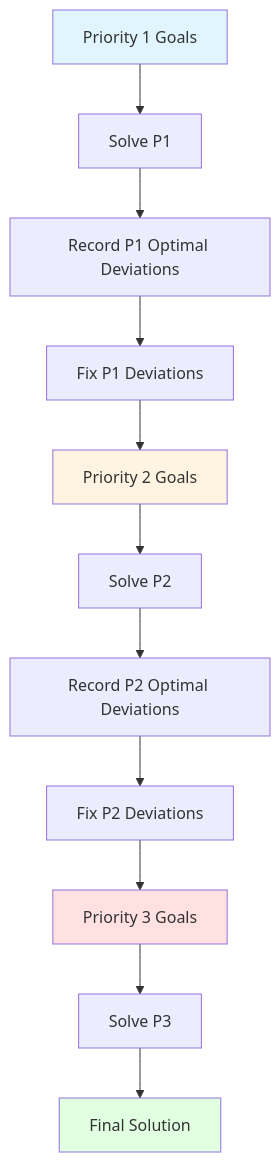
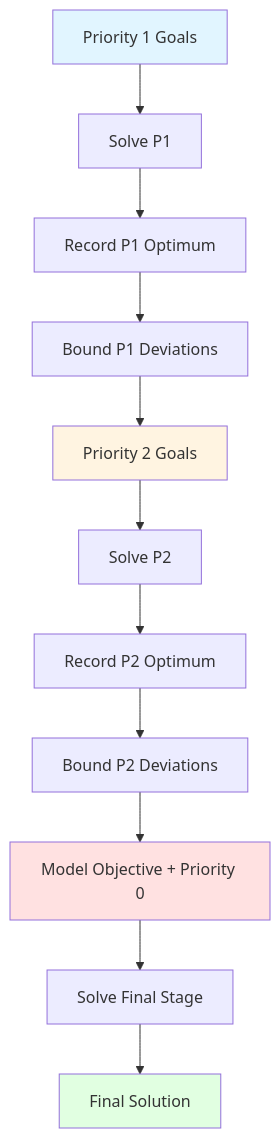
Before and after one commit to tdelphi1981/LumiX: the diagram in docs/source/user-guide/goal_programming/sequential-mode.rst, drawn with Mermaid. The commit also changed other lines of this file and 19 other files, not shown here.

```diff
--- a/docs/source/user-guide/goal_programming/sequential-mode.rst
+++ b/docs/source/user-guide/goal_programming/sequential-mode.rst
@@ -41,18 +48,18 @@
 .. mermaid::
 
    graph TD
        A[Priority 1 Goals] --> B[Solve P1]
-       B --> C[Record P1 Optimal Deviations]
-       C --> D[Fix P1 Deviations]
+       B --> C[Record P1 Optimum]
+       C --> D[Bound P1 Deviations]
        D --> E[Priority 2 Goals]
        E --> F[Solve P2]
-       F --> G[Record P2 Optimal Deviations]
-       G --> H[Fix P2 Deviations]
-       H --> I[Priority 3 Goals]
-       I --> J[Solve P3]
+       F --> G[Record P2 Optimum]
+       G --> H[Bound P2 Deviations]
+       H --> I[Model Objective + Priority 0]
+       I --> J[Solve Final Stage]
        J --> K[Final Solution]
 
        style A fill:#e1f5ff
        style E fill:#fff4e1
        style I fill:#ffe1e1
        style K fill:#e1ffe1
```
